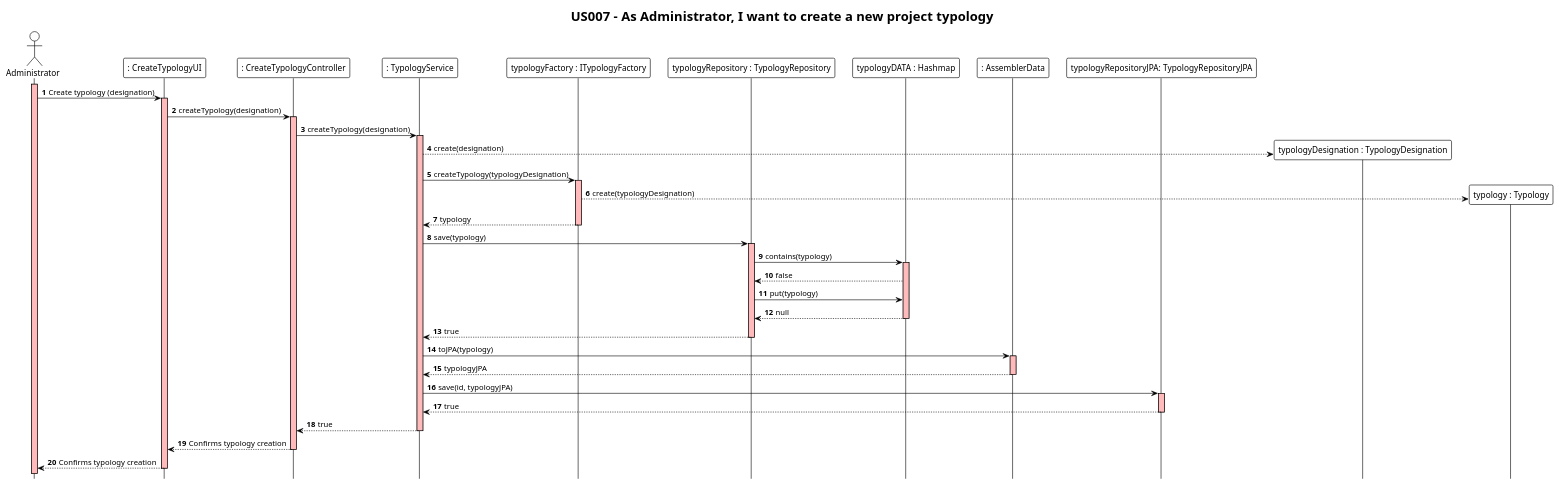
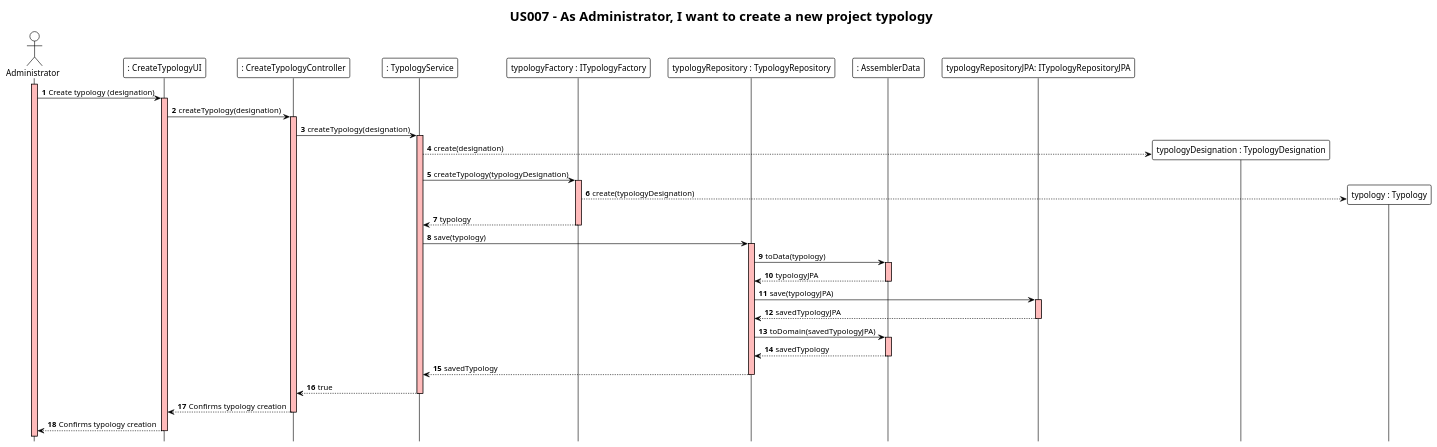
Before and after one commit to ivo-menezes/project_g3: the diagram in docs/modelling_design/user_stories/us007/US007_CreateProjectTypologySD-DDD.puml, drawn with PlantUML.

Commit message:
US007: Design : Update CreateProjectTypologySD-DDD (Addresses #104)

```diff
--- a/docs/modelling_design/user_stories/us007/US007_CreateProjectTypologySD-DDD.puml
+++ b/docs/modelling_design/user_stories/us007/US007_CreateProjectTypologySD-DDD.puml
@@ -1,65 +1,63 @@
 @startuml
 !theme plain
 autonumber
 hide footbox
 title "US007 - As Administrator, I want to create a new project typology"
 
 actor Administrator
 participant ": CreateTypologyUI" as UI
 participant ": CreateTypologyController" as Controller
 participant ": TypologyService" as Service
 participant "typologyFactory : ITypologyFactory" as Factory
 participant "typologyRepository : TypologyRepository" as Repository
-participant "typologyDATA : Hashmap" as Hashmap
 participant ": AssemblerData" as Assembler
-participant "typologyRepositoryJPA: TypologyRepositoryJPA" as RepositoryJPA
+participant "typologyRepositoryJPA: ITypologyRepositoryJPA" as RepositoryJPA
 
 activate Administrator #FFBBBB
 Administrator -> UI : Create typology (designation)
 
 activate UI #FFBBBB
 UI -> Controller : createTypology(designation)
 
 activate Controller #FFBBBB
 Controller -> Service : createTypology(designation)
 
 activate Service #FFBBBB
 Service --> "typologyDesignation : TypologyDesignation" ** : create(designation)
 
 Service -> Factory : createTypology(typologyDesignation)
 activate Factory #FFBBBB
 Factory --> "typology : Typology" ** : create(typologyDesignation)
 Factory --> Service : typology
 deactivate Factory
 
 Service -> Repository : save(typology)
 activate Repository #FFBBBB
-Repository -> Hashmap : contains(typology)
-activate Hashmap #FFBBBB
-Hashmap --> Repository : false
-Repository -> Hashmap : put(typology)
-Hashmap --> Repository : null
-deactivate Hashmap
-Repository --> Service : true
-deactivate Repository
 
-Service -> Assembler : toJPA(typology)
+
+Repository -> Assembler : toData(typology)
 activate Assembler #FFBBBB
-Assembler --> Service: typologyJPA
+Assembler --> Repository: typologyJPA
 deactivate Assembler
 
-Service -> RepositoryJPA : save(id, typologyJPA)
+Repository -> RepositoryJPA : save(typologyJPA)
 activate RepositoryJPA #FFBBBB
-RepositoryJPA --> Service : true
+RepositoryJPA --> Repository : savedTypologyJPA
 deactivate RepositoryJPA
+Repository -> Assembler : toDomain(savedTypologyJPA)
+activate Assembler #FFBBBB
+Assembler --> Repository : savedTypology
+deactivate Assembler
+Repository -->Service: savedTypology
+
 
 deactivate Repository
 Service --> Controller : true
 deactivate Service
 Controller --> UI : Confirms typology creation
 deactivate Controller
 
 UI --> Administrator : Confirms typology creation
 deactivate UI
 
 @enduml
```
